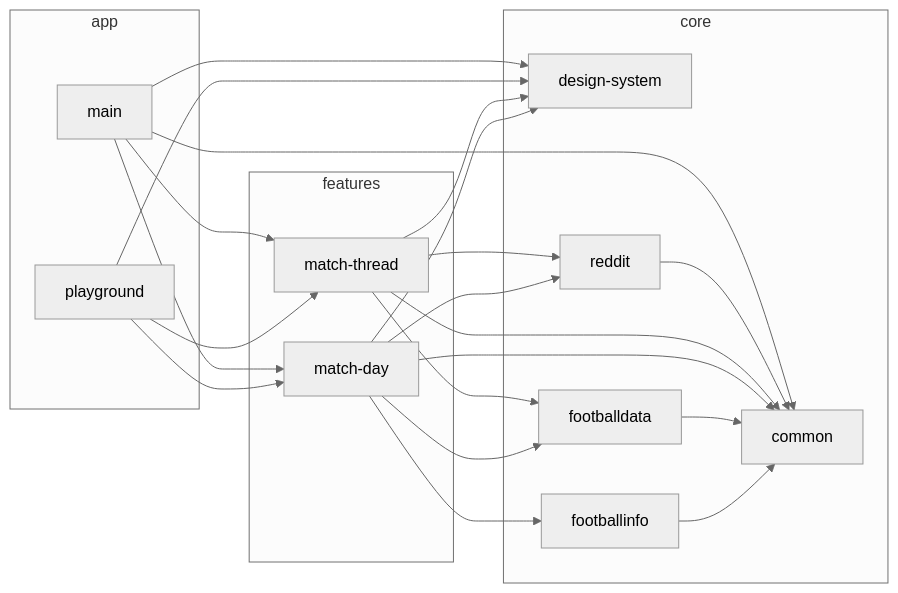
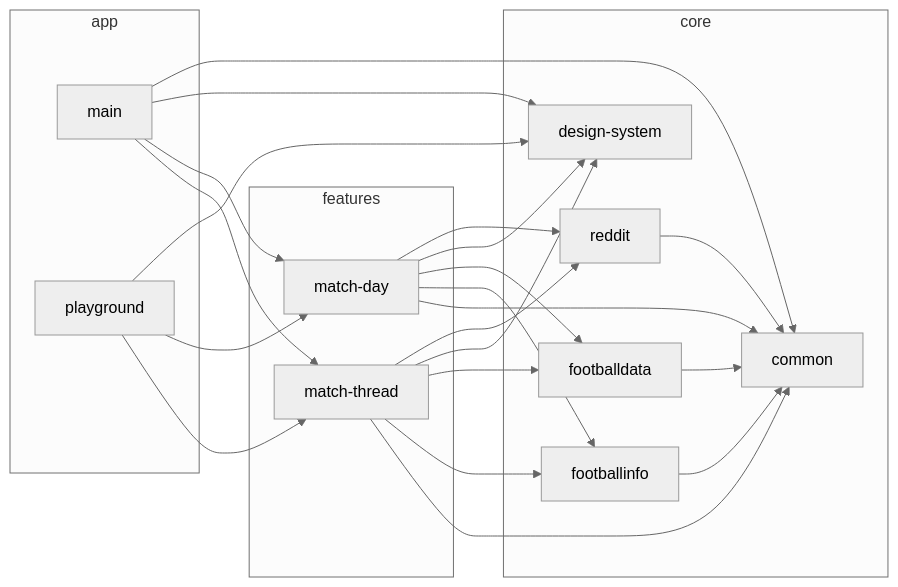
The diagram in README.md (iurysza/livematch), drawn with Mermaid before and after one commit. The commit also changed other lines of this file and 1 other file, not shown here.

Commit message:
Bump module-graph and rerun its task

````diff
--- a/README.md
+++ b/README.md
@@ -68,43 +68,44 @@
 ```mermaid
 %%{
   init: {
     'theme': 'neutral'
   }
 }%%
 
 graph LR
   subgraph app
     main
     playground
   end
   subgraph core
     common
     design-system
     footballdata
     footballinfo
     reddit
   end
   subgraph features
     match-day
     match-thread
   end
   footballinfo --> common
   footballdata --> common
   match-day --> common
   match-day --> footballinfo
   match-day --> footballdata
   match-day --> design-system
   match-day --> reddit
   match-thread --> common
+  match-thread --> footballinfo
   match-thread --> footballdata
   match-thread --> design-system
   match-thread --> reddit
   playground --> match-thread
   playground --> match-day
   playground --> design-system
   reddit --> common
   main --> match-thread
   main --> match-day
   main --> design-system
   main --> common
 ```
````
